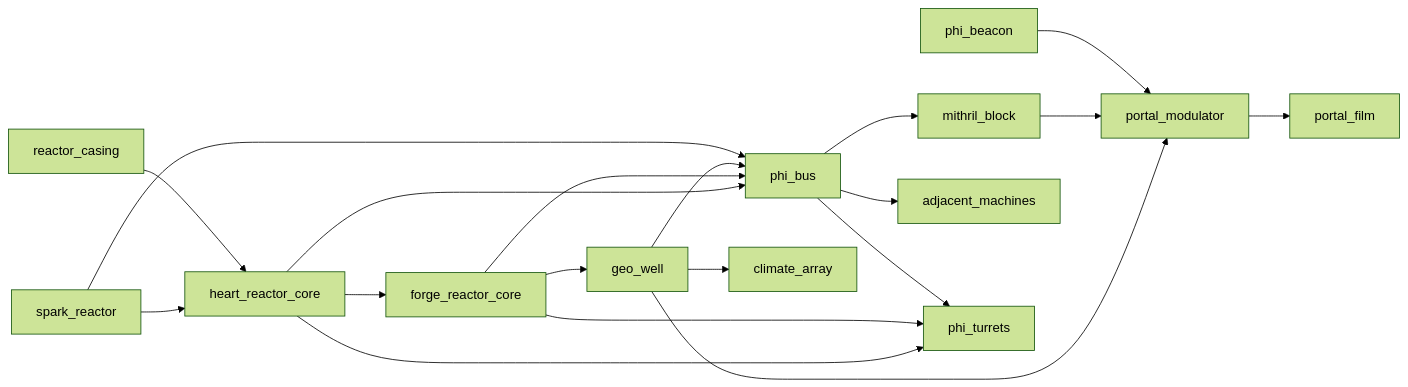
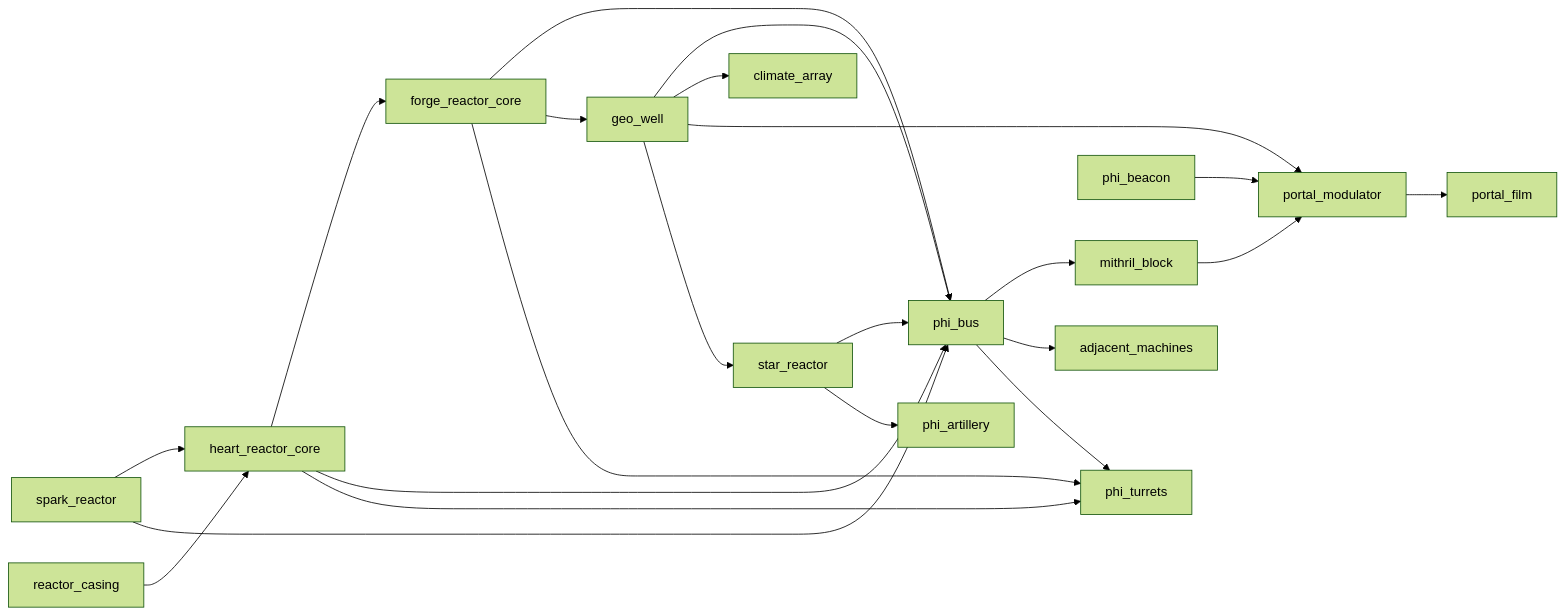
Before and after one commit to pozikt/Effecoria-mod: the diagram in docs/TECHNOMAGIC.md, drawn with Mermaid (forest theme). The commit also changed other lines of this file and 64 other files, not shown here.

First line of the commit message:
Add Era VI Star Reactor hub and thermal Φ-artillery.

````diff
--- a/docs/TECHNOMAGIC.md
+++ b/docs/TECHNOMAGIC.md
@@ -142,21 +160,24 @@
 ```mermaid
 flowchart LR
   spark[spark_reactor] --> heart[heart_reactor_core]
   casing[reactor_casing] --> heart
   heart --> forge[forge_reactor_core]
   heart --> bus[phi_bus]
   forge --> bus
   forge --> geo[geo_well]
   geo --> bus
   geo --> climate[climate_array]
   geo --> portal[portal_modulator]
+  geo --> star[star_reactor]
+  star --> bus
+  star --> arty[phi_artillery]
   mithril[mithril_block] --> portal
   portal --> film[portal_film]
   beacon[phi_beacon] --> portal
   spark --> bus
   bus --> mithril
   bus --> machines[adjacent_machines]
   heart --> turrets[phi_turrets]
   forge --> turrets
   bus --> turrets
 ```
````
